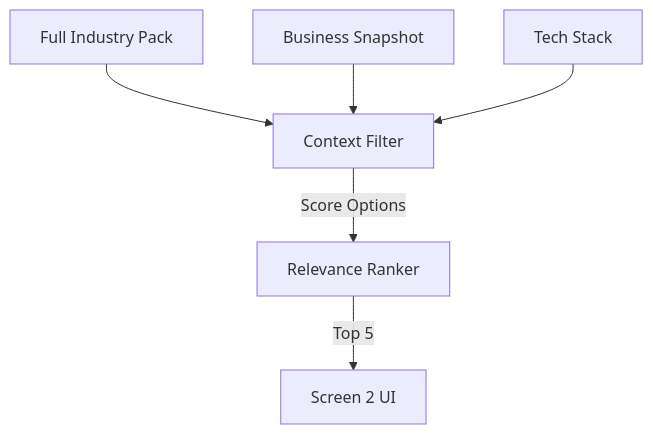
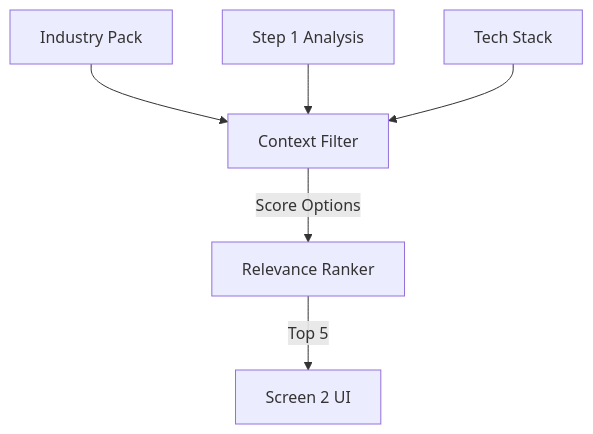
One commit to amo-tech-ai/sunaiv17 changed the diagram in docs/wizard/prompts/screen-2/03-select-rank-questions.md. Above: the diagram before and after it, drawn with Mermaid. The commit also changed other lines of this file and 4 other files, not shown here.

````diff
--- a/docs/wizard/prompts/screen-2/03-select-rank-questions.md
+++ b/docs/wizard/prompts/screen-2/03-select-rank-questions.md
@@ -40,9 +42,9 @@
 ```mermaid
 graph TD
-    Pack[Full Industry Pack] --> Filter[Context Filter]
-    Snapshot[Business Snapshot] --> Filter
+    Pack[Industry Pack] --> Filter[Context Filter]
+    Snapshot[Step 1 Analysis] --> Filter
     Services[Tech Stack] --> Filter
     
     Filter -->|Score Options| Ranker[Relevance Ranker]
     Ranker -->|Top 5| UI[Screen 2 UI]
 ```
````
